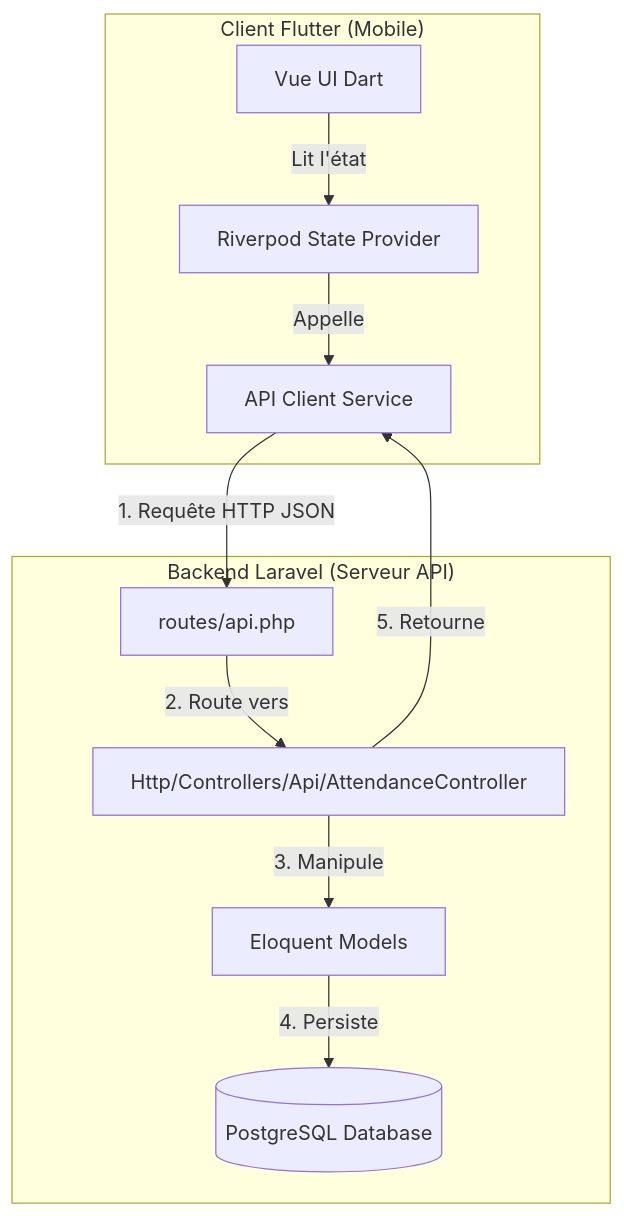
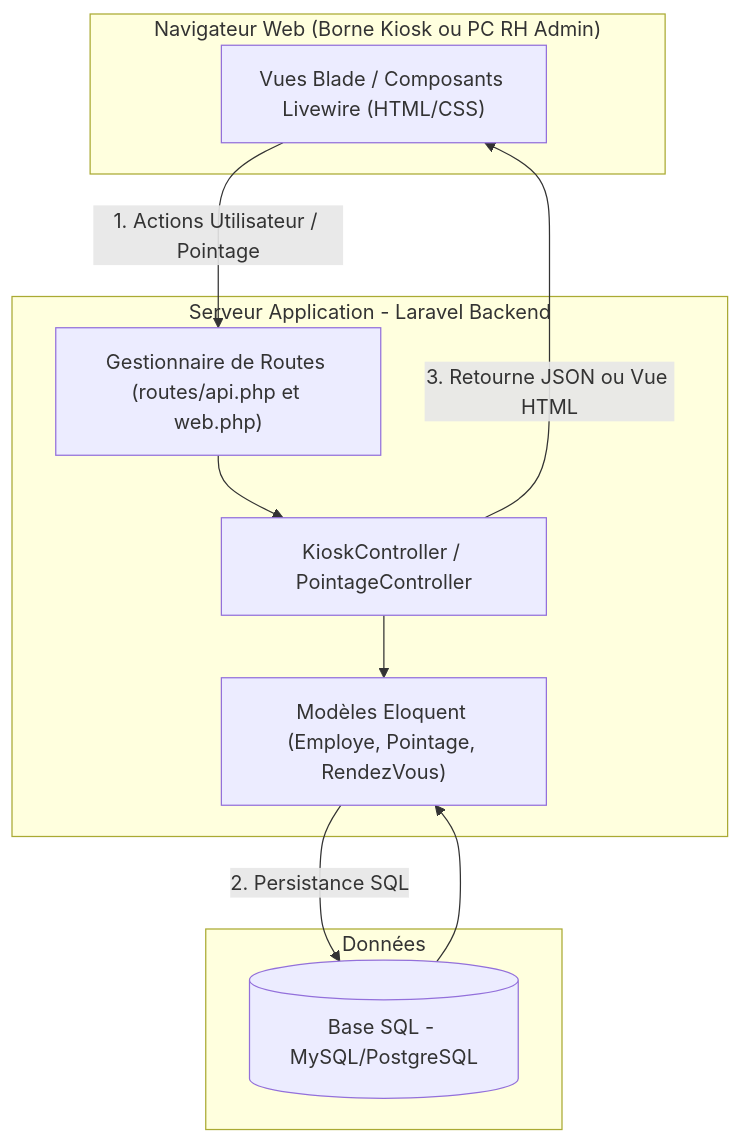
One commit to Evrad15/C.H.R.A.C.E.R.H changed diagram 14 of 14 in rapport_de_stage_diagrammes.md. Above: the diagram before and after it, drawn with Mermaid. The commit also changed other lines of this file and 19 other files, not shown here.

Commit message:
docs: update project README and documentation with comprehensive architectural diagrams and feature specifications

````diff
--- a/rapport_de_stage_diagrammes.md
+++ b/rapport_de_stage_diagrammes.md
@@ -607,15 +602,23 @@
 ```mermaid
 graph TD
-    subgraph "Client Flutter (Mobile)"
-        View["Vue UI Dart"] -->|Lit l'état| Provider["Riverpod State Provider"]
-        Provider -->|Appelle| MobileAPI["API Client Service"]
+    subgraph NavigateurWeb ["Navigateur Web (Borne Kiosk ou PC RH Admin)"]
+        ViewHTML["Vues Blade / Composants Livewire (HTML/CSS)"]
     end
 
-    subgraph "Backend Laravel (Serveur API)"
-        MobileAPI -->|1. Requête HTTP JSON| Routes["routes/api.php"]
-        Routes -->|2. Route vers| Controller["Http/Controllers/Api/AttendanceController"]
-        Controller -->|3. Manipule| Models["Eloquent Models"]
-        Models -->|4. Persiste| SQL[("PostgreSQL Database")]
-        Controller -->|5. Retourne| MobileAPI
+    subgraph LaravelBackend ["Serveur Application - Laravel Backend"]
+        Routes["Gestionnaire de Routes (routes/api.php et web.php)"]
+        Controller["KioskController / PointageController"]
+        EloquentModel["Modèles Eloquent (Employe, Pointage, RendezVous)"]
     end
+
+    subgraph Database ["Données"]
+        SQLDatabase[(Base SQL - MySQL/PostgreSQL)]
+    end
+
+    ViewHTML -->|1. Actions Utilisateur / Pointage| Routes
+    Routes --> Controller
+    Controller --> EloquentModel
+    EloquentModel -->|2. Persistance SQL| SQLDatabase
+    SQLDatabase --> EloquentModel
+    Controller -->|3. Retourne JSON ou Vue HTML| ViewHTML
 ```
````
